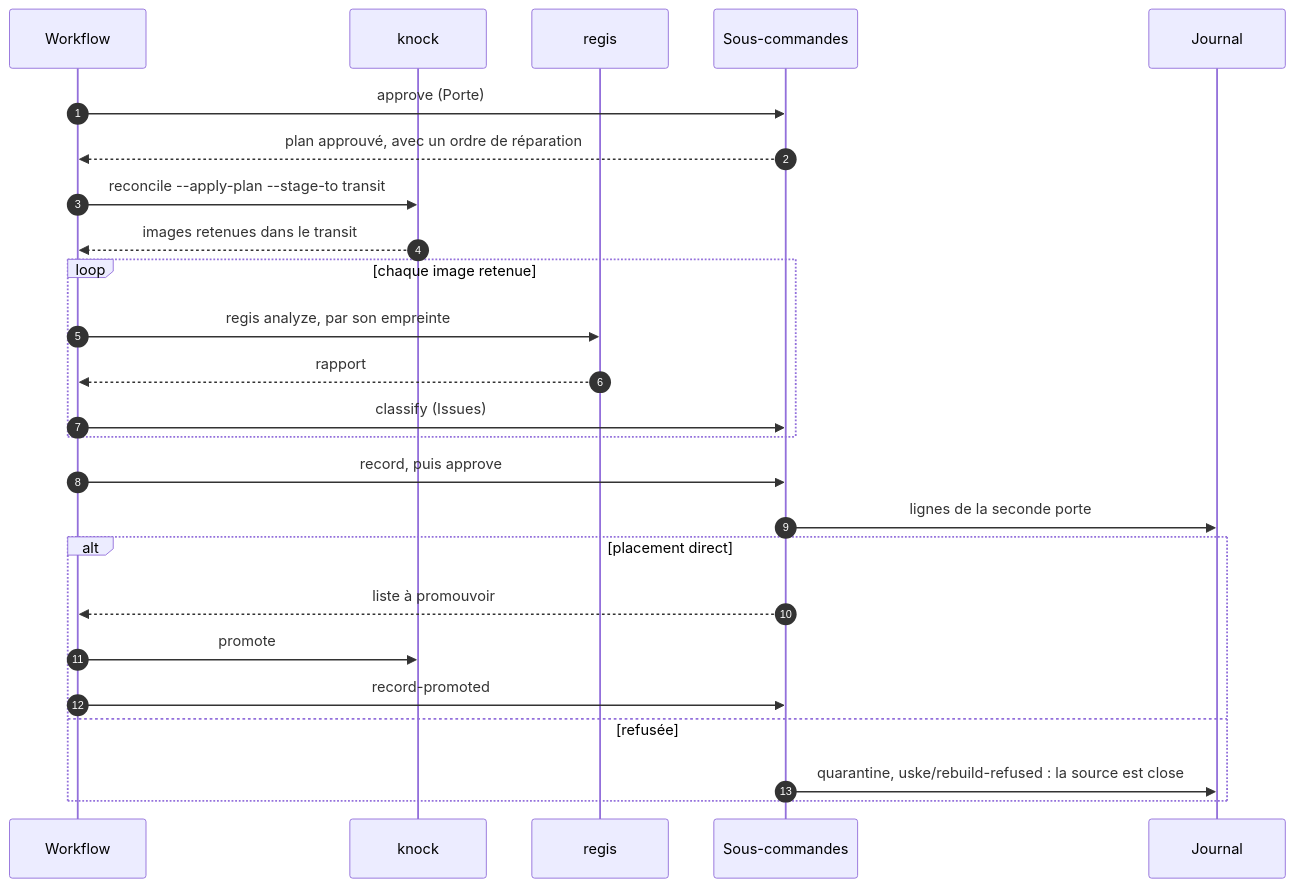
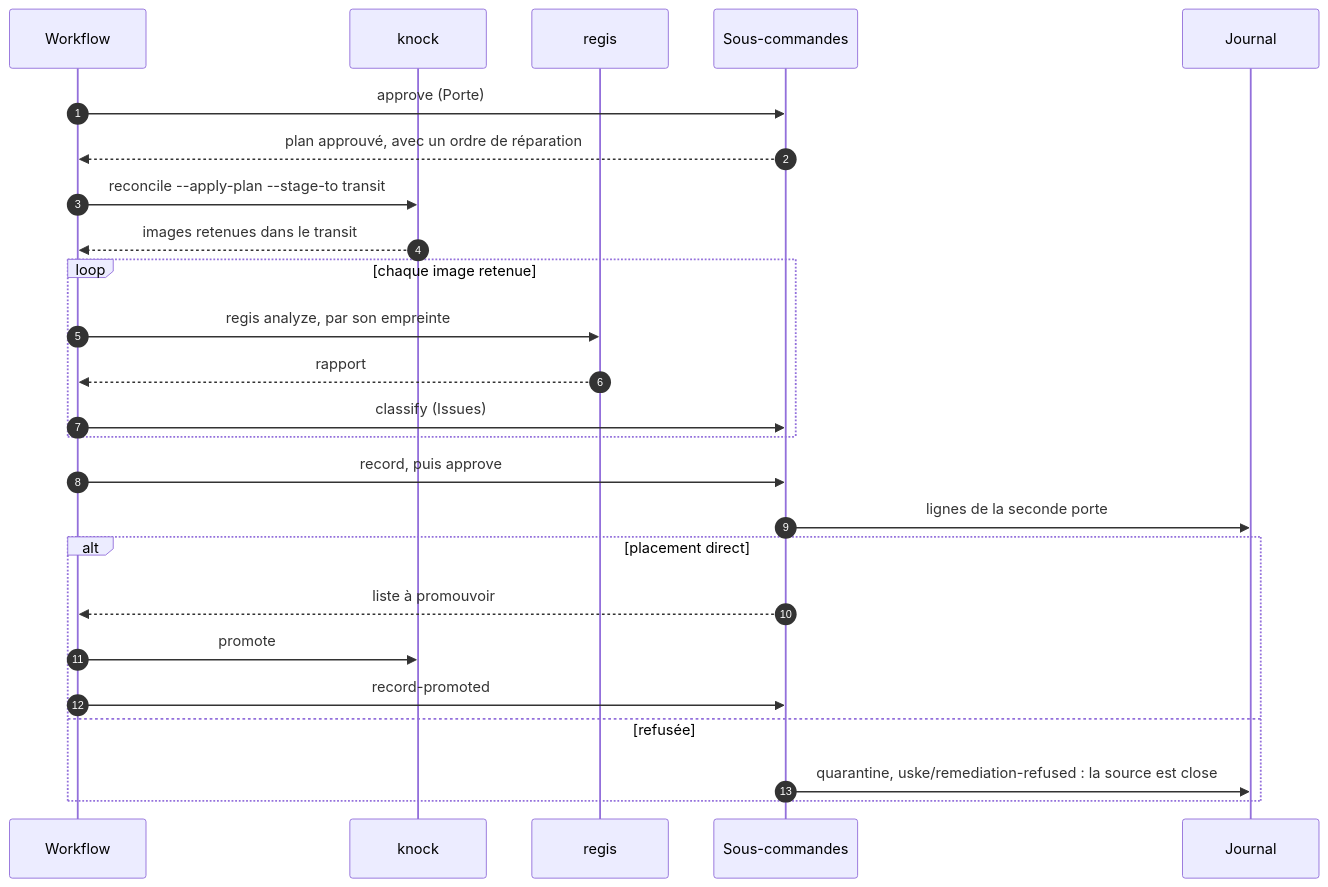
Before and after one commit to trivoallan/uske: the fourth of 5 diagrams in docs/architecture/arc42.md, drawn with Mermaid. The commit also changed other lines of this file and 1 other file, not shown here.

````diff
--- a/docs/architecture/arc42.md
+++ b/docs/architecture/arc42.md
@@ -365,27 +365,27 @@
 ```mermaid
 sequenceDiagram
   autonumber
   participant W as Workflow
   participant K as knock
   participant R as regis
   participant S as Sous-commandes
   participant J as Journal
   W->>S: approve (Porte)
   S-->>W: plan approuvé, avec un ordre de réparation
   W->>K: reconcile --apply-plan --stage-to transit
   K-->>W: images retenues dans le transit
   loop chaque image retenue
     W->>R: regis analyze, par son empreinte
     R-->>W: rapport
     W->>S: classify (Issues)
   end
   W->>S: record, puis approve
   S->>J: lignes de la seconde porte
   alt placement direct
     S-->>W: liste à promouvoir
     W->>K: promote
     W->>S: record-promoted
   else refusée
-    S->>J: quarantine, uske/rebuild-refused : la source est close
+    S->>J: quarantine, uske/remediation-refused : la source est close
   end
 ```
````
